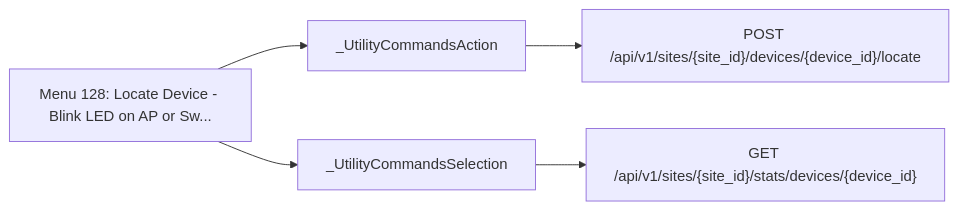
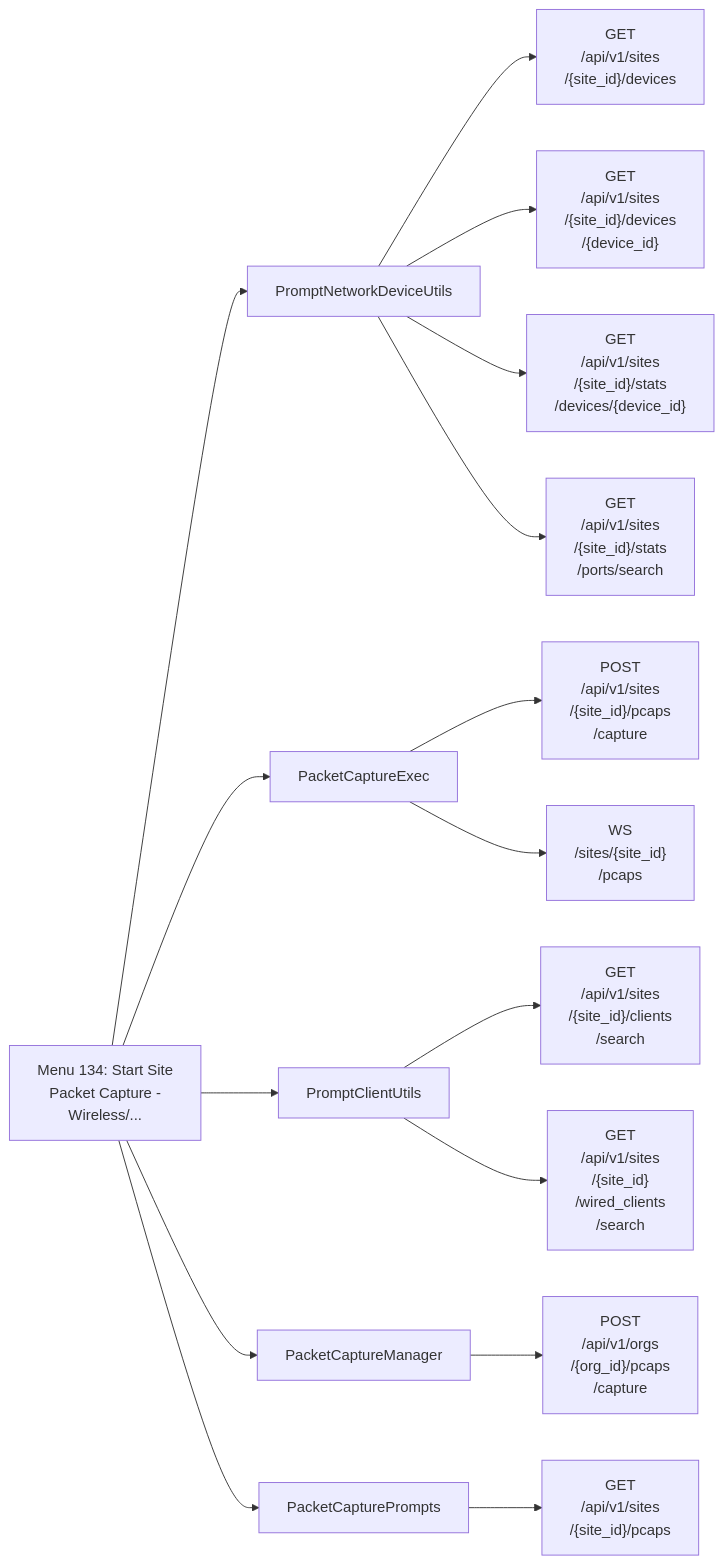
One commit to jmorrison-juniper/MistHelper changed the fifth of 18 diagrams in documentation/menu-api/interactive.md. Above: the diagram before and after it, drawn with Mermaid. The commit also changed other lines of this file and 19 other files, not shown here.

First line of the commit message:
docs(menu-api): fit the Mermaid diagrams to the wiki column (#3463)

````diff
--- a/documentation/menu-api/interactive.md
+++ b/documentation/menu-api/interactive.md
@@ -288,8 +205,19 @@
 ```mermaid
 flowchart LR
-    menu["Menu 128: Locate Device - Blink LED on AP or Sw..."]
-    menu --> c1["_UtilityCommandsAction"]
-    c1 --> e1["POST /api/v1/sites/{site_id}/devices/{device_id}/locate"]
-    menu --> c2["_UtilityCommandsSelection"]
-    c2 --> e2["GET /api/v1/sites/{site_id}/stats/devices/{device_id}"]
+    menu["Menu 134: Start Site<br/>Packet Capture -<br/>Wireless/..."]
+    menu --> c1["PromptNetworkDeviceUtils"]
+    c1 --> e1["GET<br/>/api/v1/sites<br/>/{site_id}/devices"]
+    c1 --> e2["GET<br/>/api/v1/sites<br/>/{site_id}/devices<br/>/{device_id}"]
+    c1 --> e3["GET<br/>/api/v1/sites<br/>/{site_id}/stats<br/>/devices/{device_id}"]
+    c1 --> e4["GET<br/>/api/v1/sites<br/>/{site_id}/stats<br/>/ports/search"]
+    menu --> c2["PacketCaptureExec"]
+    c2 --> e5["POST<br/>/api/v1/sites<br/>/{site_id}/pcaps<br/>/capture"]
+    c2 --> e6["WS<br/>/sites/{site_id}<br/>/pcaps"]
+    menu --> c3["PromptClientUtils"]
+    c3 --> e7["GET<br/>/api/v1/sites<br/>/{site_id}/clients<br/>/search"]
+    c3 --> e8["GET<br/>/api/v1/sites<br/>/{site_id}<br/>/wired_clients<br/>/search"]
+    menu --> c4["PacketCaptureManager"]
+    c4 --> e9["POST<br/>/api/v1/orgs<br/>/{org_id}/pcaps<br/>/capture"]
+    menu --> c5["PacketCapturePrompts"]
+    c5 --> e10["GET<br/>/api/v1/sites<br/>/{site_id}/pcaps"]
 ```
````
